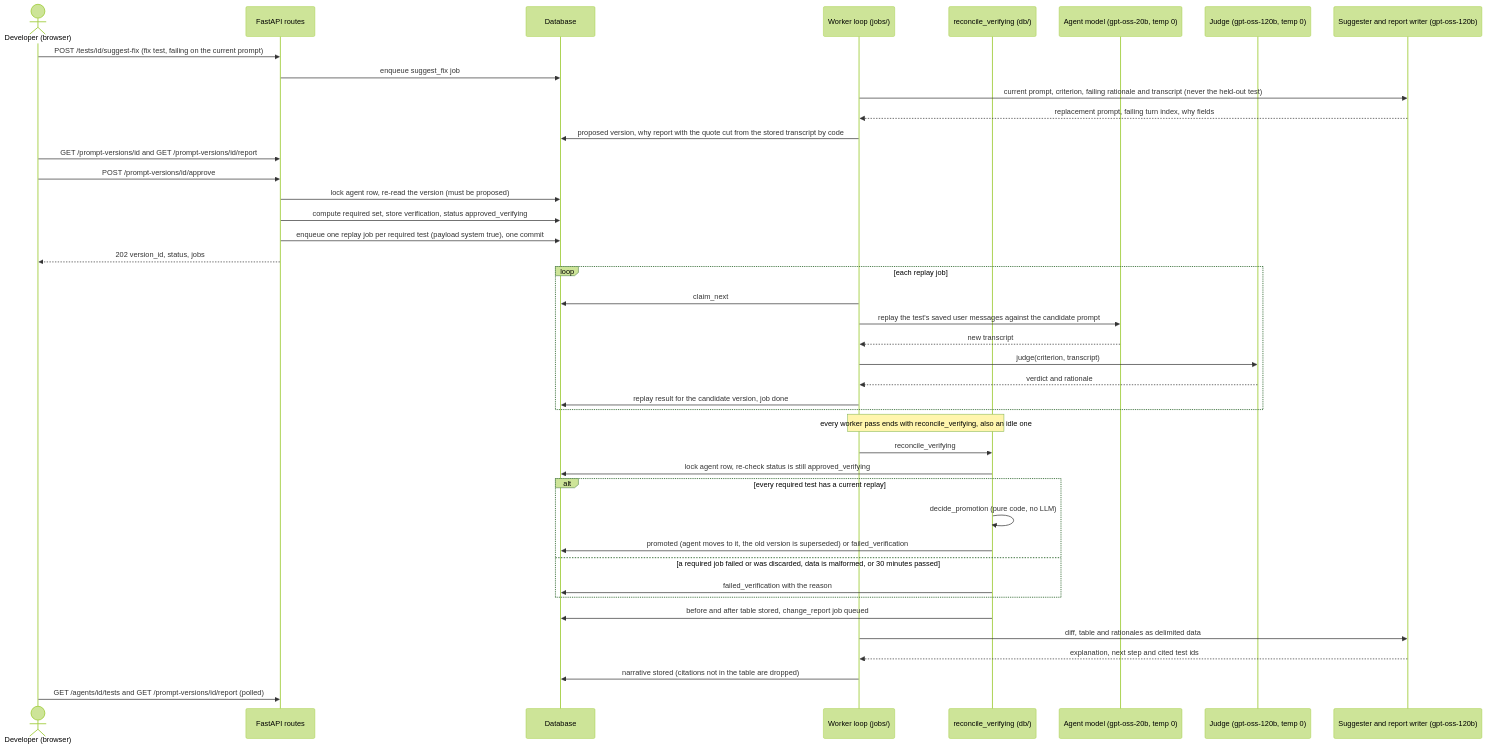
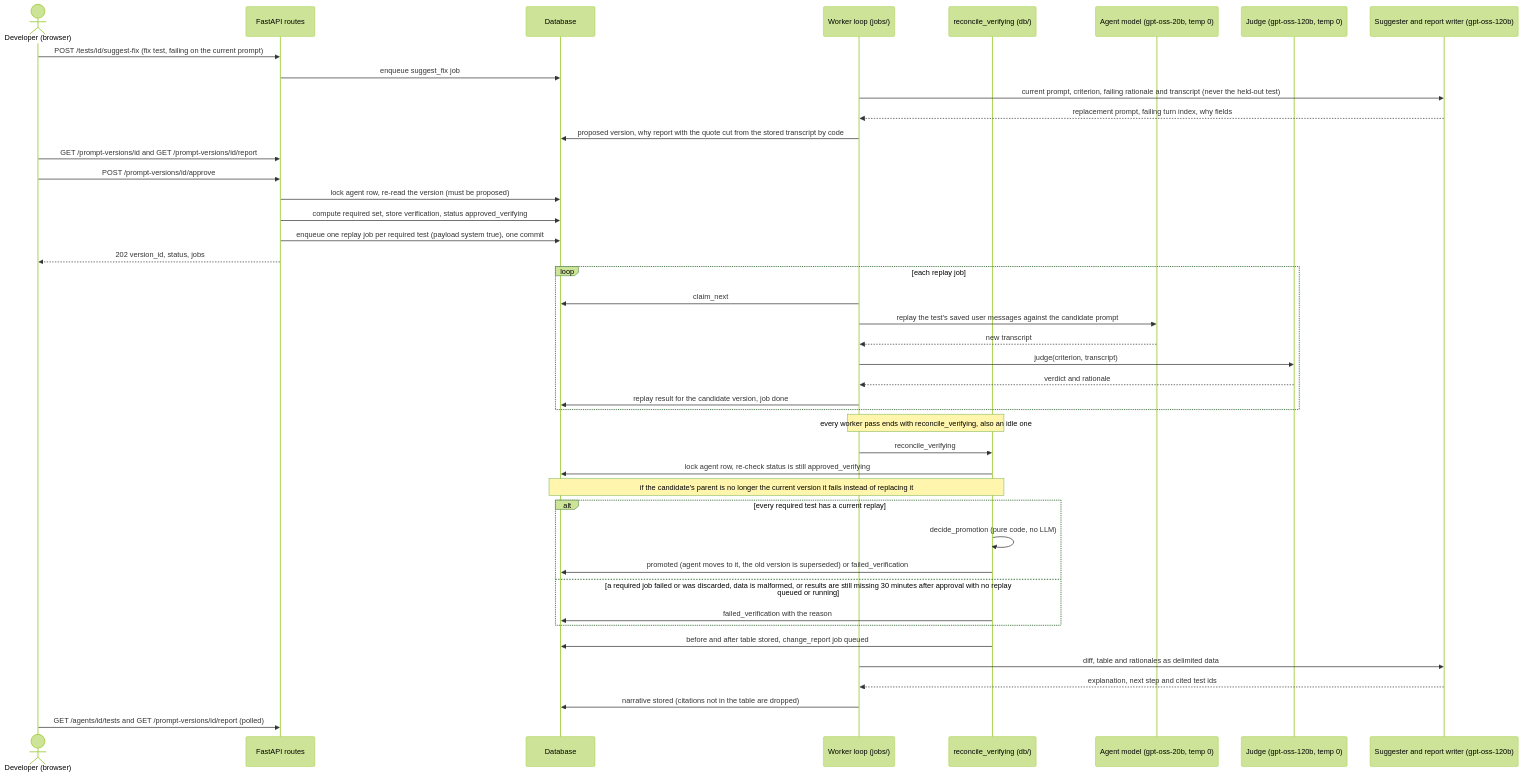
One commit to harikrshm/Eval-Discovery changed the sixth of 8 diagrams in docs/ARCHITECTURE.md. Above: the diagram before and after it, drawn with Mermaid (forest theme). The commit also changed other lines of this file and 1 other file, not shown here.

````diff
--- a/docs/ARCHITECTURE.md
+++ b/docs/ARCHITECTURE.md
@@ -375,45 +375,46 @@
 ```mermaid
 sequenceDiagram
     actor Dev as Developer (browser)
     participant API as FastAPI routes
     participant DB as Database
     participant W as Worker loop (jobs/)
     participant R as reconcile_verifying (db/)
     participant A as Agent model (gpt-oss-20b, temp 0)
     participant J as Judge (gpt-oss-120b, temp 0)
     participant S as Suggester and report writer (gpt-oss-120b)
 
     Dev->>API: POST /tests/id/suggest-fix (fix test, failing on the current prompt)
     API->>DB: enqueue suggest_fix job
     W->>S: current prompt, criterion, failing rationale and transcript (never the held-out test)
     S-->>W: replacement prompt, failing turn index, why fields
     W->>DB: proposed version, why report with the quote cut from the stored transcript by code
     Dev->>API: GET /prompt-versions/id and GET /prompt-versions/id/report
     Dev->>API: POST /prompt-versions/id/approve
     API->>DB: lock agent row, re-read the version (must be proposed)
     API->>DB: compute required set, store verification, status approved_verifying
     API->>DB: enqueue one replay job per required test (payload system true), one commit
     API-->>Dev: 202 version_id, status, jobs
     loop each replay job
         W->>DB: claim_next
         W->>A: replay the test's saved user messages against the candidate prompt
         A-->>W: new transcript
         W->>J: judge(criterion, transcript)
         J-->>W: verdict and rationale
         W->>DB: replay result for the candidate version, job done
     end
     Note over W,R: every worker pass ends with reconcile_verifying, also an idle one
     W->>R: reconcile_verifying
     R->>DB: lock agent row, re-check status is still approved_verifying
+    Note over R,DB: if the candidate's parent is no longer the current version it fails instead of replacing it
     alt every required test has a current replay
         R->>R: decide_promotion (pure code, no LLM)
         R->>DB: promoted (agent moves to it, the old version is superseded) or failed_verification
-    else a required job failed or was discarded, data is malformed, or 30 minutes passed
+    else a required job failed or was discarded, data is malformed, or results are still missing 30 minutes after approval with no replay queued or running
         R->>DB: failed_verification with the reason
     end
     R->>DB: before and after table stored, change_report job queued
     W->>S: diff, table and rationales as delimited data
     S-->>W: explanation, next step and cited test ids
     W->>DB: narrative stored (citations not in the table are dropped)
     Dev->>API: GET /agents/id/tests and GET /prompt-versions/id/report (polled)
 ```
````
